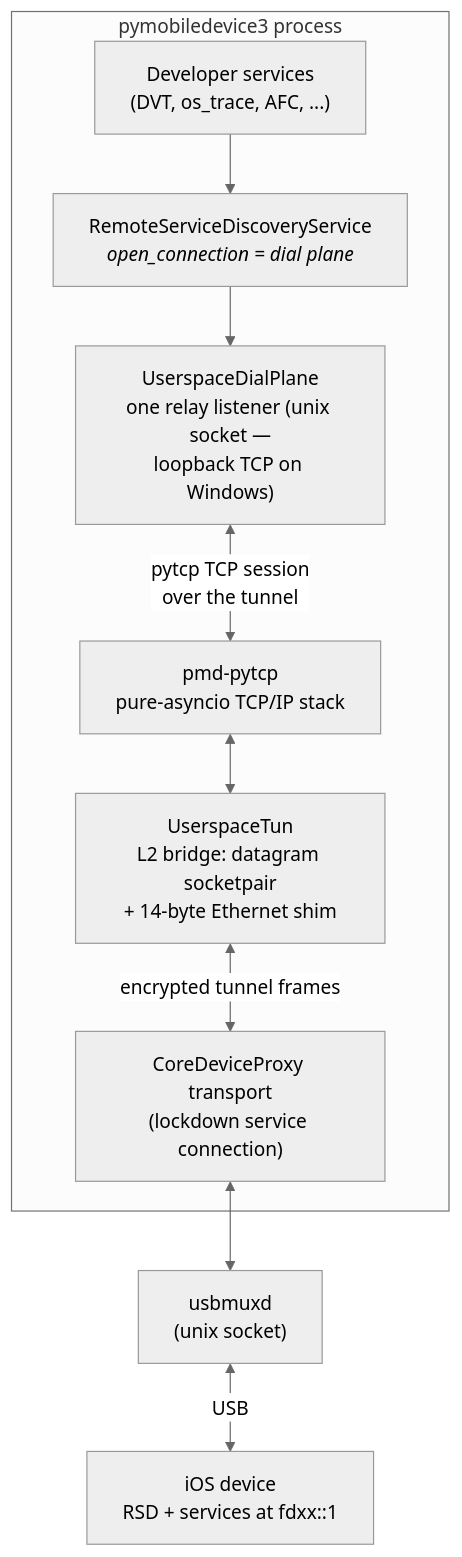
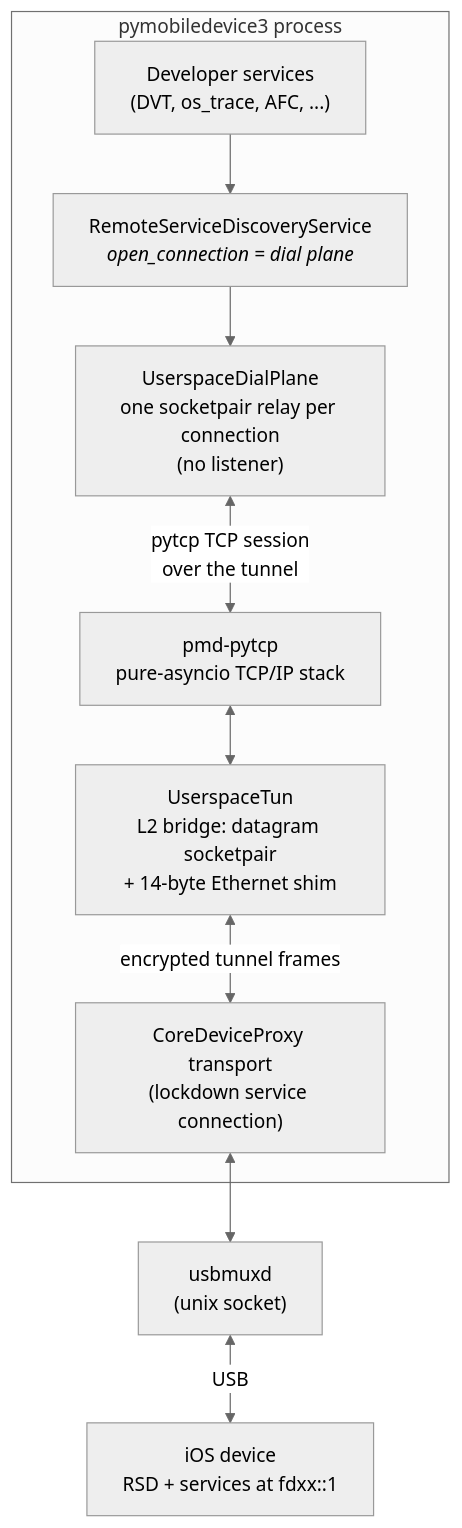
The fourth of 7 diagrams in docs/guides/network-stacks.md (doronz88/pymobiledevice3), drawn with Mermaid (neutral theme) before and after one commit. The commit also changed other lines of this file and 18 other files, not shown here.

````diff
--- a/docs/guides/network-stacks.md
+++ b/docs/guides/network-stacks.md
@@ -101,19 +111,19 @@
 ```mermaid
 flowchart TB
     subgraph proc["pymobiledevice3 process"]
         svc["Developer services<br/>(DVT, os_trace, AFC, ...)"]
         rsd["RemoteServiceDiscoveryService<br/><i>open_connection = dial plane</i>"]
-        dp["UserspaceDialPlane<br/>one relay listener (unix socket —<br/>loopback TCP on Windows)"]
+        dp["UserspaceDialPlane<br/>one socketpair relay per connection<br/>(no listener)"]
         stack["pmd-pytcp<br/>pure-asyncio TCP/IP stack"]
         tun["UserspaceTun<br/>L2 bridge: datagram socketpair<br/>+ 14-byte Ethernet shim"]
         cdp["CoreDeviceProxy transport<br/>(lockdown service connection)"]
     end
     usbmuxd["usbmuxd<br/>(unix socket)"]
     dev["iOS device<br/>RSD + services at fdxx::1"]
 
     svc --> rsd --> dp
     dp <-->|"pytcp TCP session<br/>over the tunnel"| stack
     stack <--> tun
     tun <-->|"encrypted tunnel frames"| cdp
     cdp <--> usbmuxd <-->|USB| dev
 ```
````
